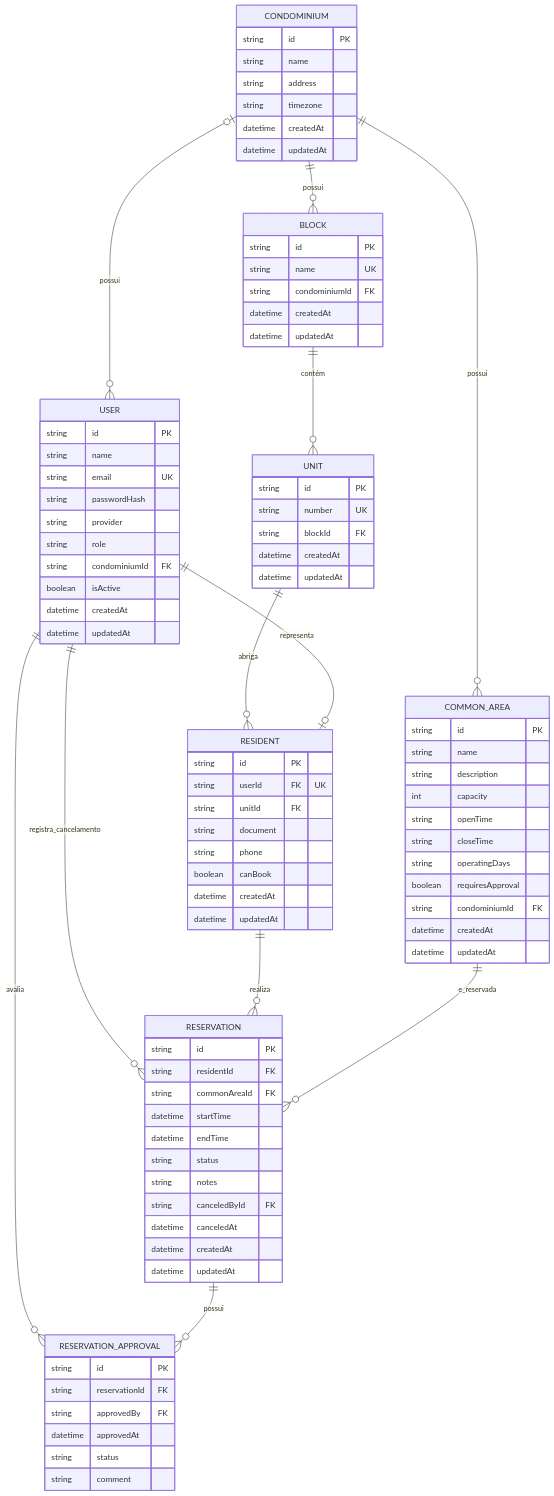
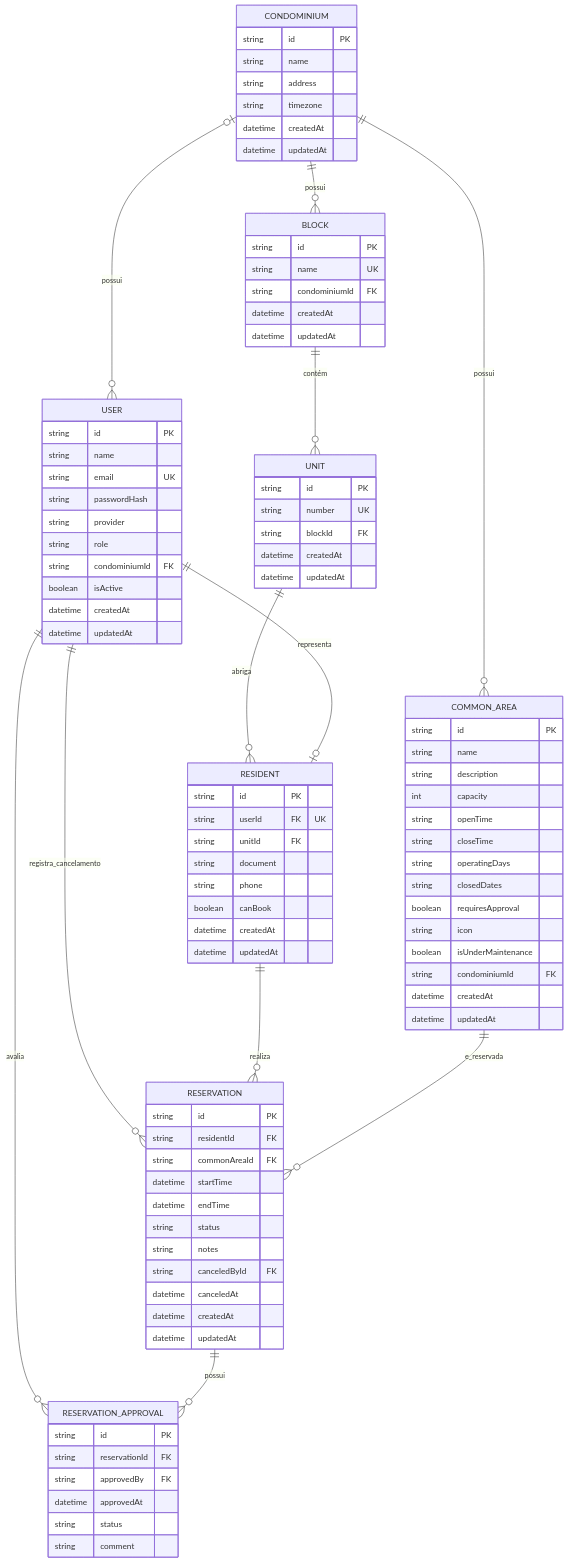
One commit to lucasgfaj/reserva-ai changed the diagram in docs/ssd.md. Above: the diagram before and after it, drawn with Mermaid. The commit also changed other lines of this file and 54 other files, not shown here.

```diff
--- a/docs/ssd.md
+++ b/docs/ssd.md
@@ -255,7 +258,10 @@
         string openTime
         string closeTime
         string operatingDays
+        string closedDates
         boolean requiresApproval
+        string icon
+        boolean isUnderMaintenance
         string condominiumId FK
         datetime createdAt
         datetime updatedAt
```
